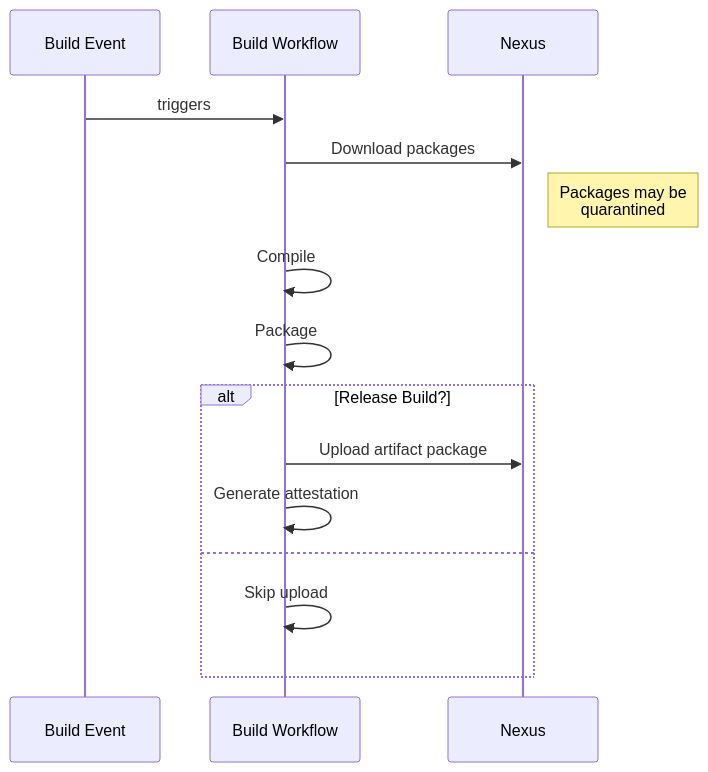
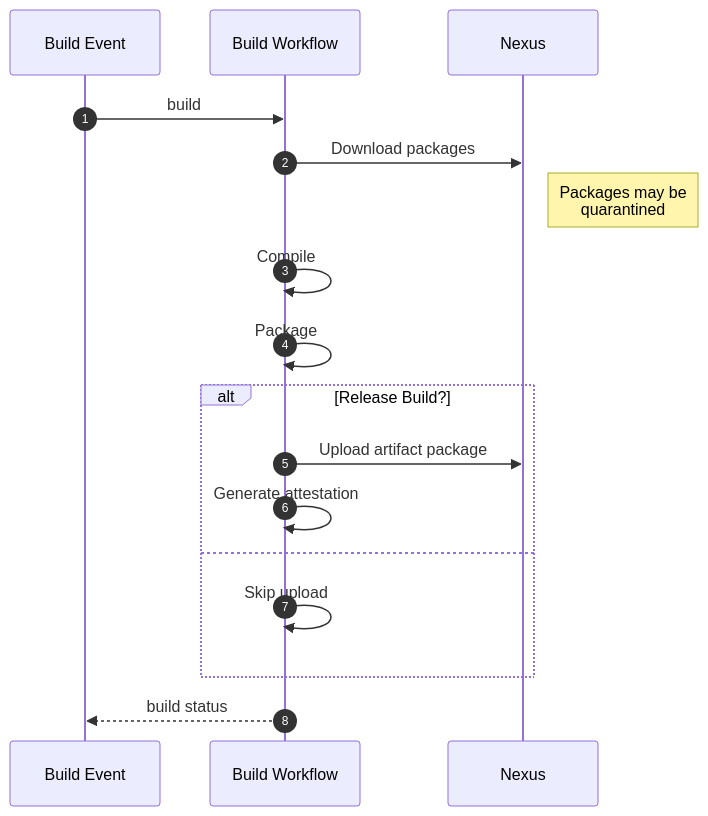
Before and after one commit to devarab1/Diagrams: the first of 4 diagrams in README.md, drawn with Mermaid. The commit also changed other lines of this file, not shown here.

````diff
--- a/README.md
+++ b/README.md
@@ -3,18 +3,20 @@
 ```mermaid
 sequenceDiagram
+    autonumber
     participant Build Event
     participant Build Workflow
     participant Nexus
 
-    Build Event->>Build Workflow: triggers
+    Build Event->>Build Workflow: build
     Build Workflow->>Nexus: Download packages
     Note right of Nexus: Packages may be<br/>quarantined
     Build Workflow->>Build Workflow: Compile
     Build Workflow->>Build Workflow: Package
     alt Release Build?
         Build Workflow->>Nexus: Upload artifact package
         Build Workflow->>Build Workflow: Generate attestation
     else
         Build Workflow->>Build Workflow: Skip upload
     end
+    Build Workflow-->>Build Event: build status
 ```
````
